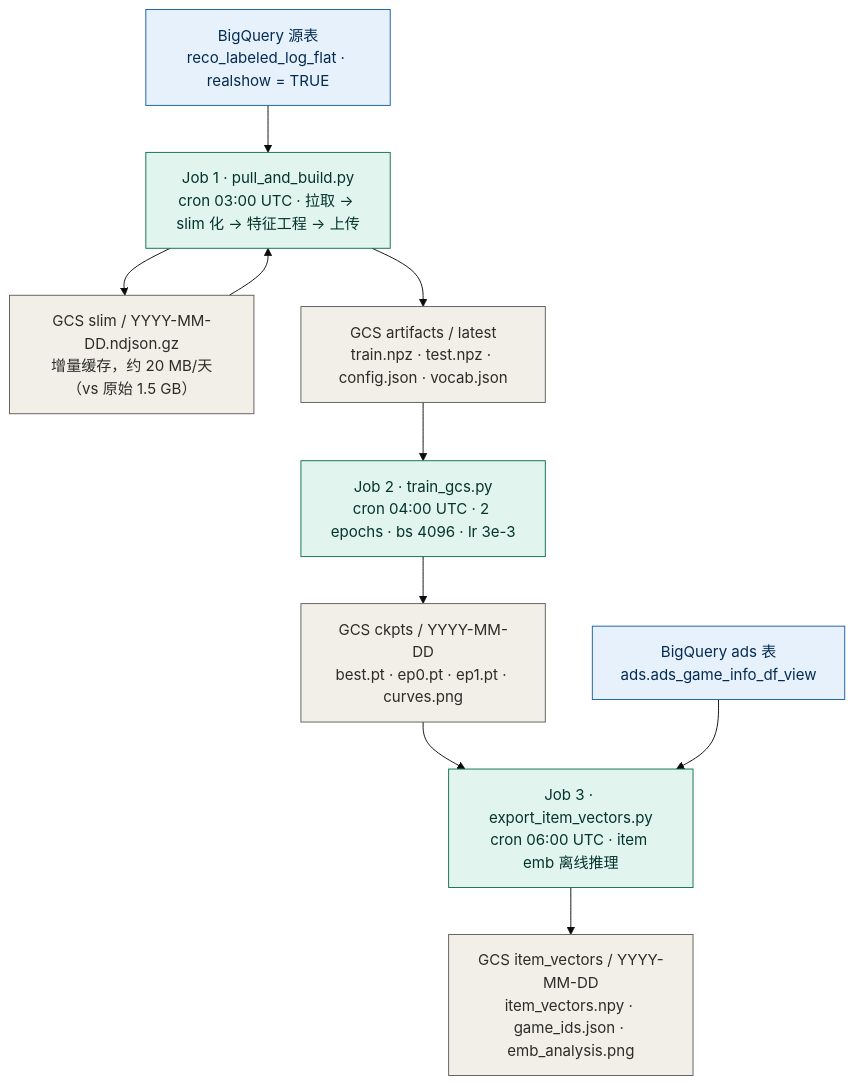
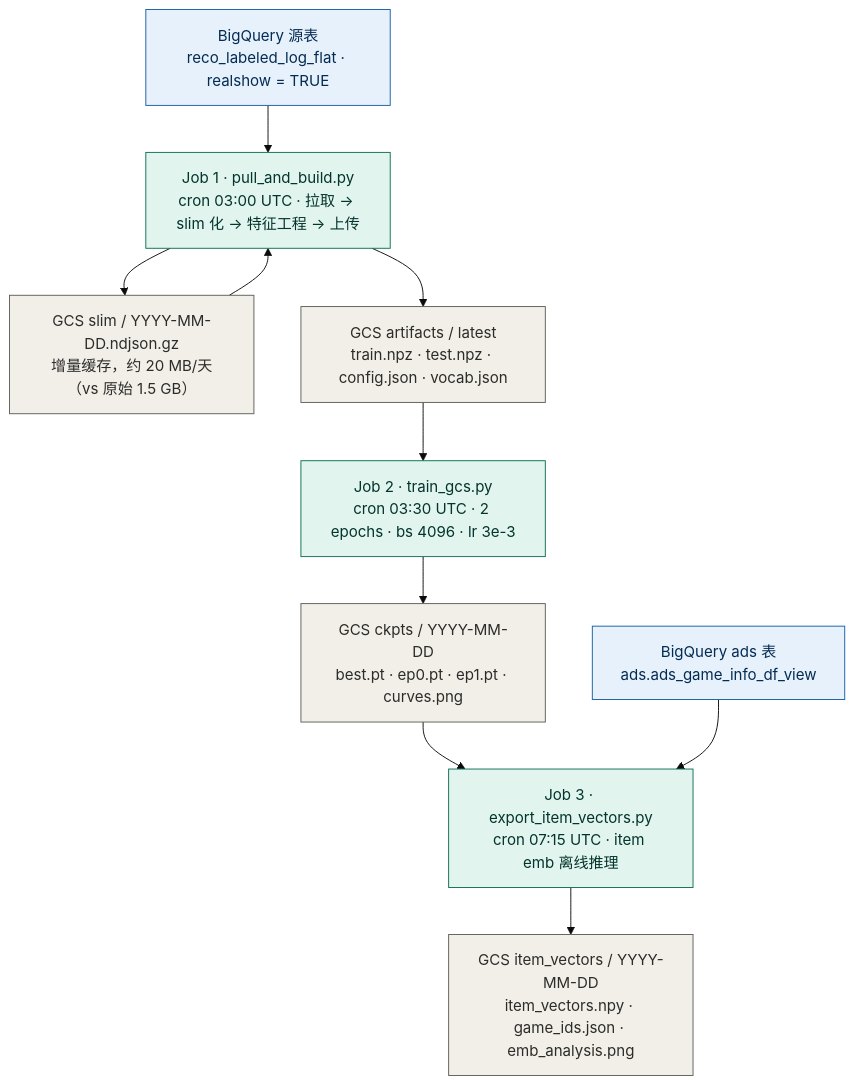
The first of 2 diagrams in two_tower_lite/README.md (rezona-ai/rezona-reco-model), drawn with Mermaid (base theme) before and after one commit. The commit also changed other lines of this file and 6 other files, not shown here.

First line of the commit message:
fix(deploy): train 提前到 03:30、export 推迟到 07:15 UTC,适配 ~3h 训练时长

````diff
--- a/two_tower_lite/README.md
+++ b/two_tower_lite/README.md
@@ -20,21 +20,21 @@
 ```mermaid
 flowchart TD
     BQ["BigQuery 源表<br/>reco_labeled_log_flat · realshow = TRUE"]
     BQADS["BigQuery ads 表<br/>ads.ads_game_info_df_view"]
     J1["Job 1 · pull_and_build.py<br/>cron 03:00 UTC · 拉取 → slim 化 → 特征工程 → 上传"]
     SLIM["GCS slim / YYYY-MM-DD.ndjson.gz<br/>增量缓存，约 20 MB/天（vs 原始 1.5 GB）"]
     ART["GCS artifacts / latest<br/>train.npz · test.npz · config.json · vocab.json"]
-    J2["Job 2 · train_gcs.py<br/>cron 04:00 UTC · 2 epochs · bs 4096 · lr 3e-3"]
+    J2["Job 2 · train_gcs.py<br/>cron 03:30 UTC · 2 epochs · bs 4096 · lr 3e-3"]
     CKPT["GCS ckpts / YYYY-MM-DD<br/>best.pt · ep0.pt · ep1.pt · curves.png"]
-    J3["Job 3 · export_item_vectors.py<br/>cron 06:00 UTC · item emb 离线推理"]
+    J3["Job 3 · export_item_vectors.py<br/>cron 07:15 UTC · item emb 离线推理"]
     VEC["GCS item_vectors / YYYY-MM-DD<br/>item_vectors.npy · game_ids.json · emb_analysis.png"]
     BQ --> J1 --> SLIM --> J1 --> ART --> J2 --> CKPT --> J3
     BQADS --> J3 --> VEC
 
     classDef source fill:#E6F1FB,stroke:#185FA5,color:#042C53;
     classDef compute fill:#E1F5EE,stroke:#0F6E56,color:#04342C;
     classDef storage fill:#F1EFE8,stroke:#5F5E5A,color:#2C2C2A;
     class BQ,BQADS source;
     class J1,J2,J3 compute;
     class SLIM,ART,CKPT,VEC storage;
 ```
````
